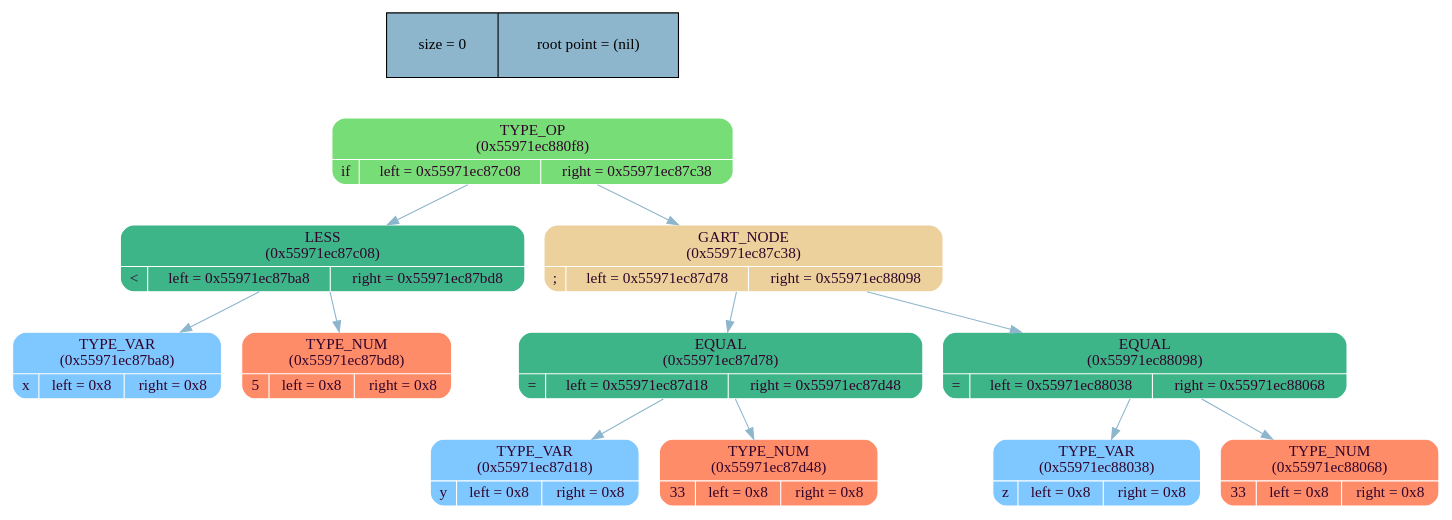
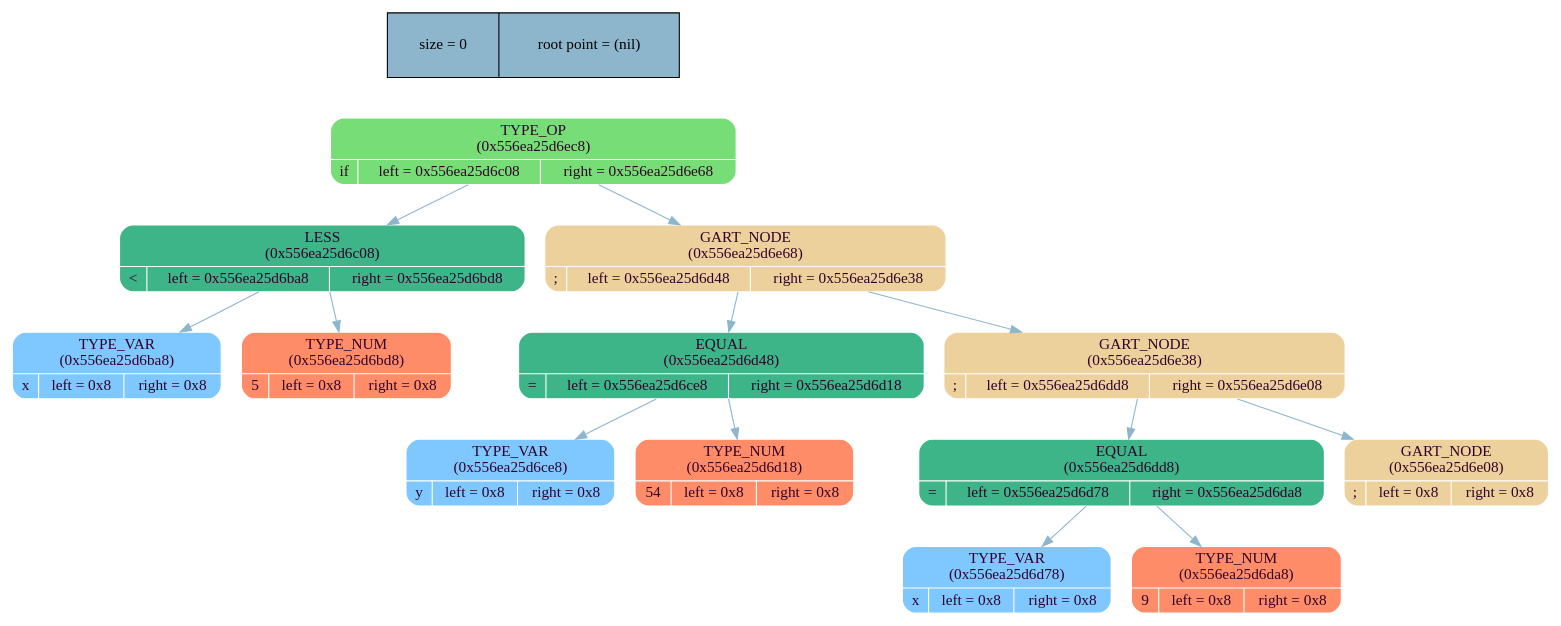
One commit to MaxGroshev/language changed the diagram in frontend/tree/graph_lib/tree_dump.dot. Above: the diagram before and after it, drawn with Graphviz. The commit also changed 6 other files, not shown here.

```diff
--- a/frontend/tree/graph_lib/tree_dump.dot
+++ b/frontend/tree/graph_lib/tree_dump.dot
@@ -1,30 +1,34 @@
 digraph   
 {
 rankdir = ""
 splines = "true"
 
 node_stat [margin = "0.3*0.3", style = "filled", shape = "record", fillcolor = "#8DB6CD" label = " size = 0 | root point = (nil)"]
 {rank = source; node_stat}
 
-node0x55971ec880f8 [shape = "Mrecord", fillcolor = "#77DD77", style = "filled", fontcolor = "#31032A", fontname = "Calibri", color = "white", label = "{TYPE_OP\n (0x55971ec880f8)| {if |left = 0x55971ec87c08 |right = 0x55971ec87c38}}"]
-node0x55971ec880f8 -> node0x55971ec87c08 [color = "#8DB6CD", style = "", constraint = true, fillcolor = "#8DB6CD",   fontcolor = "", fontname = "Calibri", label = ""];
-node0x55971ec87c08 [shape = "Mrecord", fillcolor = "#3EB489", style = "filled", fontcolor = "#31032A", fontname = "Calibri", color = "white", label = "{LESS\n (0x55971ec87c08)| {\< |left = 0x55971ec87ba8 |right = 0x55971ec87bd8}}"]
-node0x55971ec87c08 -> node0x55971ec87ba8 [color = "#8DB6CD", style = "", constraint = true, fillcolor = "#8DB6CD",   fontcolor = "", fontname = "Calibri", label = ""];
-node0x55971ec87ba8 [shape = "Mrecord", fillcolor = "#7FC7FF", style = "filled", fontcolor = "#31032A", fontname = "Calibri", color = "white", label = "{TYPE_VAR\n (0x55971ec87ba8)| {x |left = 0x8 |right = 0x8}}"]
-node0x55971ec87c08 -> node0x55971ec87bd8 [color = "#8DB6CD", style = "", constraint = true, fillcolor = "#8DB6CD",   fontcolor = "", fontname = "Calibri", label = ""];
-node0x55971ec87bd8 [shape = "Mrecord", fillcolor = "#FF8C69", style = "filled", fontcolor = "#31032A", fontname = "Calibri", color = "white", label = "{TYPE_NUM\n (0x55971ec87bd8)| {5 |left = 0x8 |right = 0x8}}"]
-node0x55971ec880f8 -> node0x55971ec87c38 [color = "#8DB6CD", style = "", constraint = true, fillcolor = "#8DB6CD",   fontcolor = "", fontname = "Calibri", label = ""];
-node0x55971ec87c38 [shape = "Mrecord", fillcolor = "#EDD19C", style = "filled", fontcolor = "#31032A", fontname = "Calibri", color = "white", label = "{GART_NODE\n (0x55971ec87c38)| {; |left = 0x55971ec87d78 |right = 0x55971ec88098}}"]
-node0x55971ec87c38 -> node0x55971ec87d78 [color = "#8DB6CD", style = "", constraint = true, fillcolor = "#8DB6CD",   fontcolor = "", fontname = "Calibri", label = ""];
-node0x55971ec87d78 [shape = "Mrecord", fillcolor = "#3EB489", style = "filled", fontcolor = "#31032A", fontname = "Calibri", color = "white", label = "{EQUAL\n (0x55971ec87d78)| {= |left = 0x55971ec87d18 |right = 0x55971ec87d48}}"]
-node0x55971ec87d78 -> node0x55971ec87d18 [color = "#8DB6CD", style = "", constraint = true, fillcolor = "#8DB6CD",   fontcolor = "", fontname = "Calibri", label = ""];
-node0x55971ec87d18 [shape = "Mrecord", fillcolor = "#7FC7FF", style = "filled", fontcolor = "#31032A", fontname = "Calibri", color = "white", label = "{TYPE_VAR\n (0x55971ec87d18)| {y |left = 0x8 |right = 0x8}}"]
-node0x55971ec87d78 -> node0x55971ec87d48 [color = "#8DB6CD", style = "", constraint = true, fillcolor = "#8DB6CD",   fontcolor = "", fontname = "Calibri", label = ""];
-node0x55971ec87d48 [shape = "Mrecord", fillcolor = "#FF8C69", style = "filled", fontcolor = "#31032A", fontname = "Calibri", color = "white", label = "{TYPE_NUM\n (0x55971ec87d48)| {33 |left = 0x8 |right = 0x8}}"]
-node0x55971ec87c38 -> node0x55971ec88098 [color = "#8DB6CD", style = "", constraint = true, fillcolor = "#8DB6CD",   fontcolor = "", fontname = "Calibri", label = ""];
-node0x55971ec88098 [shape = "Mrecord", fillcolor = "#3EB489", style = "filled", fontcolor = "#31032A", fontname = "Calibri", color = "white", label = "{EQUAL\n (0x55971ec88098)| {= |left = 0x55971ec88038 |right = 0x55971ec88068}}"]
-node0x55971ec88098 -> node0x55971ec88038 [color = "#8DB6CD", style = "", constraint = true, fillcolor = "#8DB6CD",   fontcolor = "", fontname = "Calibri", label = ""];
-node0x55971ec88038 [shape = "Mrecord", fillcolor = "#7FC7FF", style = "filled", fontcolor = "#31032A", fontname = "Calibri", color = "white", label = "{TYPE_VAR\n (0x55971ec88038)| {z |left = 0x8 |right = 0x8}}"]
-node0x55971ec88098 -> node0x55971ec88068 [color = "#8DB6CD", style = "", constraint = true, fillcolor = "#8DB6CD",   fontcolor = "", fontname = "Calibri", label = ""];
-node0x55971ec88068 [shape = "Mrecord", fillcolor = "#FF8C69", style = "filled", fontcolor = "#31032A", fontname = "Calibri", color = "white", label = "{TYPE_NUM\n (0x55971ec88068)| {33 |left = 0x8 |right = 0x8}}"]
+node0x556ea25d6ec8 [shape = "Mrecord", fillcolor = "#77DD77", style = "filled", fontcolor = "#31032A", fontname = "Calibri", color = "white", label = "{TYPE_OP\n (0x556ea25d6ec8)| {if |left = 0x556ea25d6c08 |right = 0x556ea25d6e68}}"]
+node0x556ea25d6ec8 -> node0x556ea25d6c08 [color = "#8DB6CD", style = "", constraint = true, fillcolor = "#8DB6CD",   fontcolor = "", fontname = "Calibri", label = ""];
+node0x556ea25d6c08 [shape = "Mrecord", fillcolor = "#3EB489", style = "filled", fontcolor = "#31032A", fontname = "Calibri", color = "white", label = "{LESS\n (0x556ea25d6c08)| {\< |left = 0x556ea25d6ba8 |right = 0x556ea25d6bd8}}"]
+node0x556ea25d6c08 -> node0x556ea25d6ba8 [color = "#8DB6CD", style = "", constraint = true, fillcolor = "#8DB6CD",   fontcolor = "", fontname = "Calibri", label = ""];
+node0x556ea25d6ba8 [shape = "Mrecord", fillcolor = "#7FC7FF", style = "filled", fontcolor = "#31032A", fontname = "Calibri", color = "white", label = "{TYPE_VAR\n (0x556ea25d6ba8)| {x |left = 0x8 |right = 0x8}}"]
+node0x556ea25d6c08 -> node0x556ea25d6bd8 [color = "#8DB6CD", style = "", constraint = true, fillcolor = "#8DB6CD",   fontcolor = "", fontname = "Calibri", label = ""];
+node0x556ea25d6bd8 [shape = "Mrecord", fillcolor = "#FF8C69", style = "filled", fontcolor = "#31032A", fontname = "Calibri", color = "white", label = "{TYPE_NUM\n (0x556ea25d6bd8)| {5 |left = 0x8 |right = 0x8}}"]
+node0x556ea25d6ec8 -> node0x556ea25d6e68 [color = "#8DB6CD", style = "", constraint = true, fillcolor = "#8DB6CD",   fontcolor = "", fontname = "Calibri", label = ""];
+node0x556ea25d6e68 [shape = "Mrecord", fillcolor = "#EDD19C", style = "filled", fontcolor = "#31032A", fontname = "Calibri", color = "white", label = "{GART_NODE\n (0x556ea25d6e68)| {; |left = 0x556ea25d6d48 |right = 0x556ea25d6e38}}"]
+node0x556ea25d6e68 -> node0x556ea25d6d48 [color = "#8DB6CD", style = "", constraint = true, fillcolor = "#8DB6CD",   fontcolor = "", fontname = "Calibri", label = ""];
+node0x556ea25d6d48 [shape = "Mrecord", fillcolor = "#3EB489", style = "filled", fontcolor = "#31032A", fontname = "Calibri", color = "white", label = "{EQUAL\n (0x556ea25d6d48)| {= |left = 0x556ea25d6ce8 |right = 0x556ea25d6d18}}"]
+node0x556ea25d6d48 -> node0x556ea25d6ce8 [color = "#8DB6CD", style = "", constraint = true, fillcolor = "#8DB6CD",   fontcolor = "", fontname = "Calibri", label = ""];
+node0x556ea25d6ce8 [shape = "Mrecord", fillcolor = "#7FC7FF", style = "filled", fontcolor = "#31032A", fontname = "Calibri", color = "white", label = "{TYPE_VAR\n (0x556ea25d6ce8)| {y |left = 0x8 |right = 0x8}}"]
+node0x556ea25d6d48 -> node0x556ea25d6d18 [color = "#8DB6CD", style = "", constraint = true, fillcolor = "#8DB6CD",   fontcolor = "", fontname = "Calibri", label = ""];
+node0x556ea25d6d18 [shape = "Mrecord", fillcolor = "#FF8C69", style = "filled", fontcolor = "#31032A", fontname = "Calibri", color = "white", label = "{TYPE_NUM\n (0x556ea25d6d18)| {54 |left = 0x8 |right = 0x8}}"]
+node0x556ea25d6e68 -> node0x556ea25d6e38 [color = "#8DB6CD", style = "", constraint = true, fillcolor = "#8DB6CD",   fontcolor = "", fontname = "Calibri", label = ""];
+node0x556ea25d6e38 [shape = "Mrecord", fillcolor = "#EDD19C", style = "filled", fontcolor = "#31032A", fontname = "Calibri", color = "white", label = "{GART_NODE\n (0x556ea25d6e38)| {; |left = 0x556ea25d6dd8 |right = 0x556ea25d6e08}}"]
+node0x556ea25d6e38 -> node0x556ea25d6dd8 [color = "#8DB6CD", style = "", constraint = true, fillcolor = "#8DB6CD",   fontcolor = "", fontname = "Calibri", label = ""];
+node0x556ea25d6dd8 [shape = "Mrecord", fillcolor = "#3EB489", style = "filled", fontcolor = "#31032A", fontname = "Calibri", color = "white", label = "{EQUAL\n (0x556ea25d6dd8)| {= |left = 0x556ea25d6d78 |right = 0x556ea25d6da8}}"]
+node0x556ea25d6dd8 -> node0x556ea25d6d78 [color = "#8DB6CD", style = "", constraint = true, fillcolor = "#8DB6CD",   fontcolor = "", fontname = "Calibri", label = ""];
+node0x556ea25d6d78 [shape = "Mrecord", fillcolor = "#7FC7FF", style = "filled", fontcolor = "#31032A", fontname = "Calibri", color = "white", label = "{TYPE_VAR\n (0x556ea25d6d78)| {x |left = 0x8 |right = 0x8}}"]
+node0x556ea25d6dd8 -> node0x556ea25d6da8 [color = "#8DB6CD", style = "", constraint = true, fillcolor = "#8DB6CD",   fontcolor = "", fontname = "Calibri", label = ""];
+node0x556ea25d6da8 [shape = "Mrecord", fillcolor = "#FF8C69", style = "filled", fontcolor = "#31032A", fontname = "Calibri", color = "white", label = "{TYPE_NUM\n (0x556ea25d6da8)| {9 |left = 0x8 |right = 0x8}}"]
+node0x556ea25d6e38 -> node0x556ea25d6e08 [color = "#8DB6CD", style = "", constraint = true, fillcolor = "#8DB6CD",   fontcolor = "", fontname = "Calibri", label = ""];
+node0x556ea25d6e08 [shape = "Mrecord", fillcolor = "#EDD19C", style = "filled", fontcolor = "#31032A", fontname = "Calibri", color = "white", label = "{GART_NODE\n (0x556ea25d6e08)| {; |left = 0x8 |right = 0x8}}"]
 }
```
